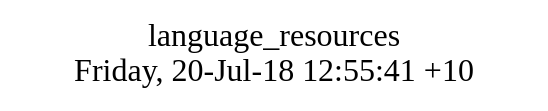
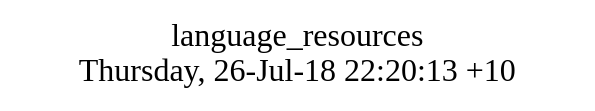
One commit to AplaProject/apps changed the diagram in src/basic/language_resources/struct.dot. Above: the diagram before and after it, drawn with Graphviz. The commit also changed 5 other files, not shown here.

```diff
--- a/src/basic/language_resources/struct.dot
+++ b/src/basic/language_resources/struct.dot
@@ -1,8 +1,8 @@
 digraph G {
 fontsize="24";
-label="language_resources\nFriday, 20-Jul-18 12:55:41 +10";
+label="language_resources\nThursday, 26-Jul-18 22:20:13 +10";
 nojustify=true;
 ordering=out;
 rankdir=LR;
 size="30";
 }
```
